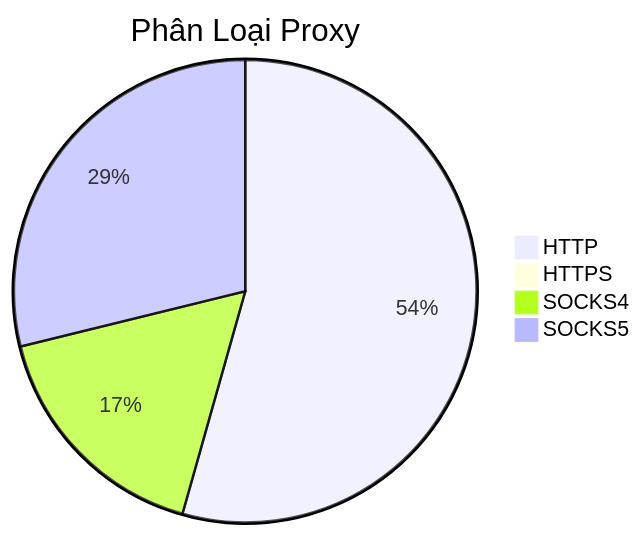
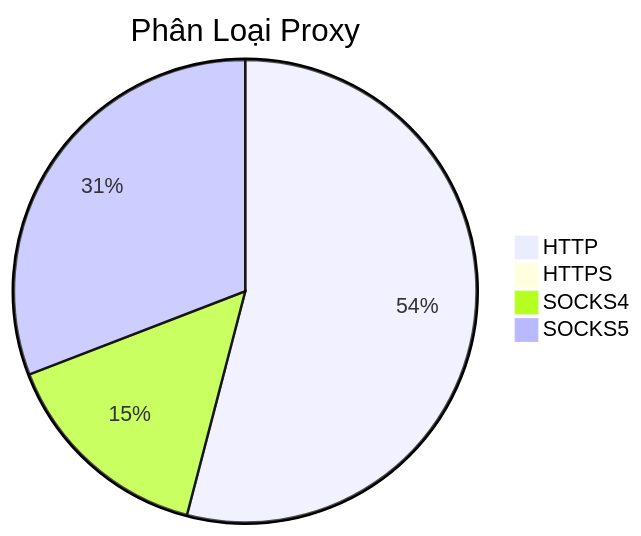
One commit to Ciara-12/PROXY-free changed the diagram in README.md. Above: the diagram before and after it, drawn with Mermaid. The commit also changed other lines of this file and 3 other files, not shown here.

````diff
--- a/README.md
+++ b/README.md
@@ -26,7 +26,7 @@
 ```mermaid
 pie title Phân Loại Proxy
-    "HTTP" : 528
+    "HTTP" : 473
     "HTTPS" : 1
-    "SOCKS4" : 163
-    "SOCKS5" : 280
+    "SOCKS4" : 132
+    "SOCKS5" : 270
 ```
````
